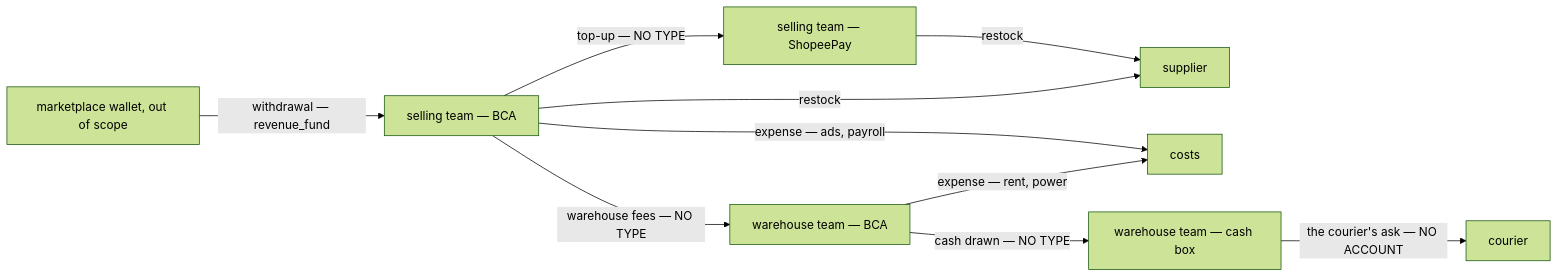
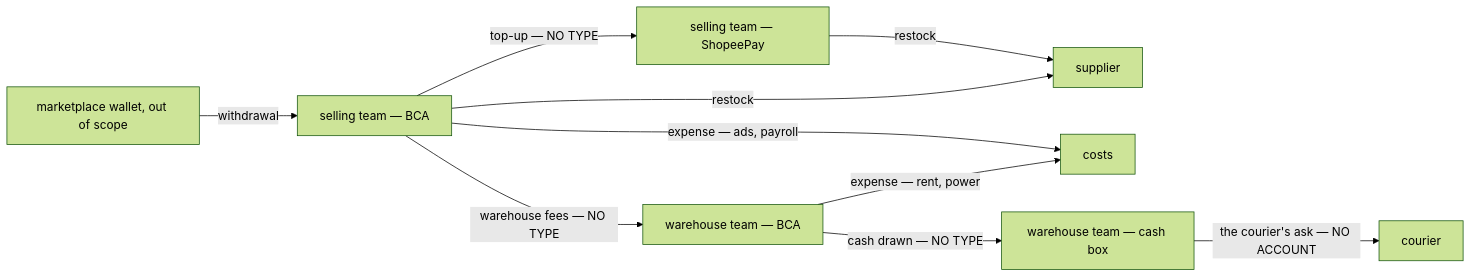
Before and after one commit to pdcgo/warehouse_revamp: the first of 6 diagrams in docs/business/financial_account/context_clarify.md, drawn with Mermaid (forest theme). The commit also changed other lines of this file and 3 other files, not shown here.

First line of the commit message:
financial_account: record revenue-stays-in-settlement - revenue_fund is withdrawal

````diff
--- a/docs/business/financial_account/context_clarify.md
+++ b/docs/business/financial_account/context_clarify.md
@@ -48,12 +49,12 @@
 ```mermaid
 flowchart LR
-  MW["marketplace wallet, out of scope"] -->|"withdrawal — revenue_fund"| SB["selling team — BCA"]
+  MW["marketplace wallet, out of scope"] -->|"withdrawal"| SB["selling team — BCA"]
   SB -->|"top-up — NO TYPE"| SP["selling team — ShopeePay"]
   SP -->|"restock"| SUP["supplier"]
   SB -->|"restock"| SUP
   SB -->|"expense — ads, payroll"| C["costs"]
   SB -->|"warehouse fees — NO TYPE"| WB["warehouse team — BCA"]
   WB -->|"expense — rent, power"| C
   WB -->|"cash drawn — NO TYPE"| WC["warehouse team — cash box"]
   WC -->|"the courier's ask — NO ACCOUNT"| K["courier"]
 ```
````
